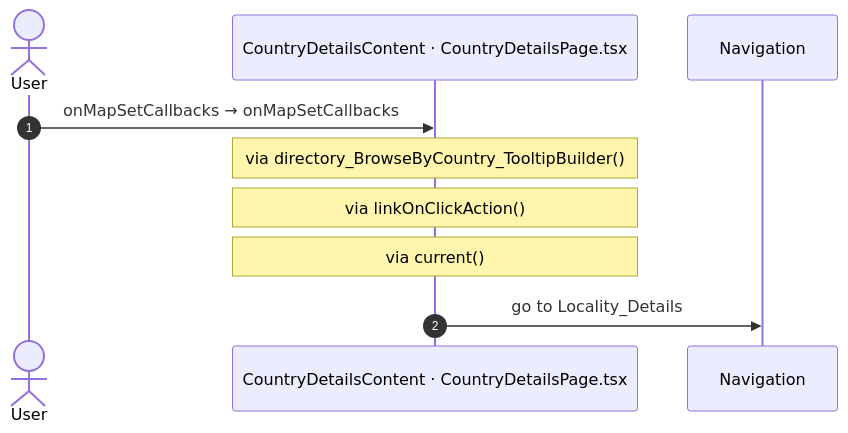
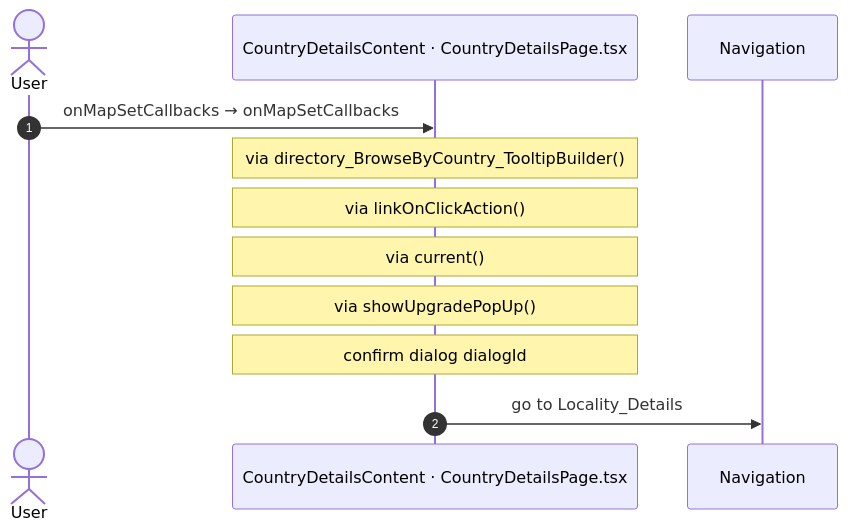
Diagram 16 of 37 in route-actions/routes/CountryDetails.md (Phoenix-DX/connect-new-ui), drawn with Mermaid before and after one commit. The commit also changed other lines of this file and 9 other files, not shown here.

````diff
--- a/route-actions/routes/CountryDetails.md
+++ b/route-actions/routes/CountryDetails.md
@@ -331,12 +331,14 @@
 ```mermaid
 sequenceDiagram
   autonumber
   actor U as User
   participant H as CountryDetailsContent · CountryDetailsPage.tsx
   participant N as Navigation
   U->>H: onMapSetCallbacks → onMapSetCallbacks
   Note over H: via directory_BrowseByCountry_TooltipBuilder()
   Note over H: via linkOnClickAction()
   Note over H: via current()
+  Note over H: via showUpgradePopUp()
+  Note over H: confirm dialog dialogId
   H->>N: go to Locality_Details
 ```
````
